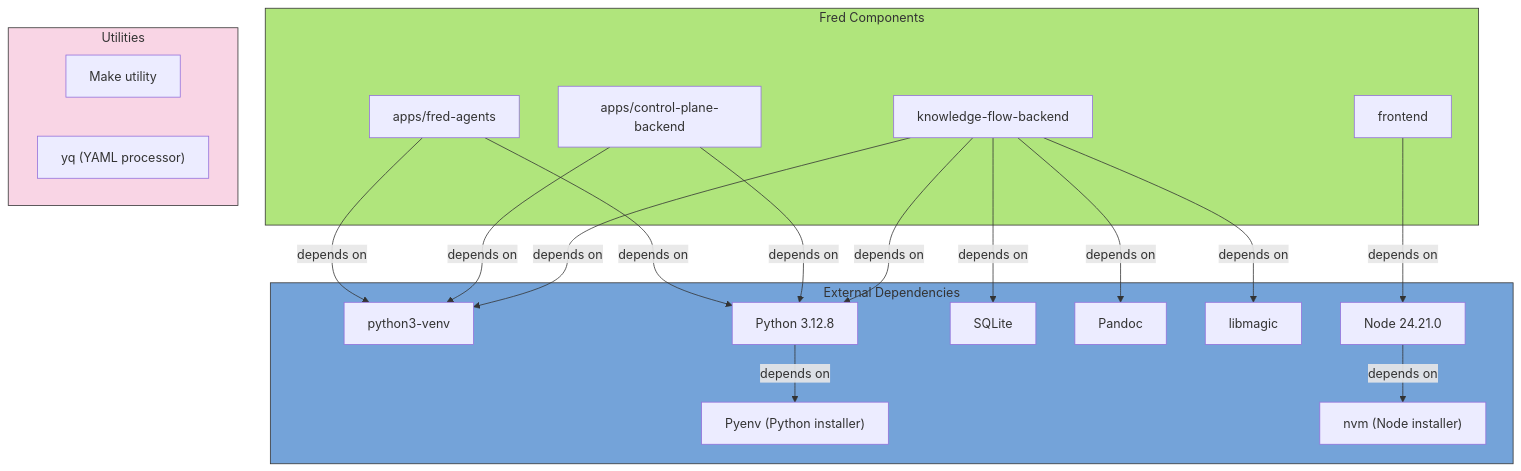
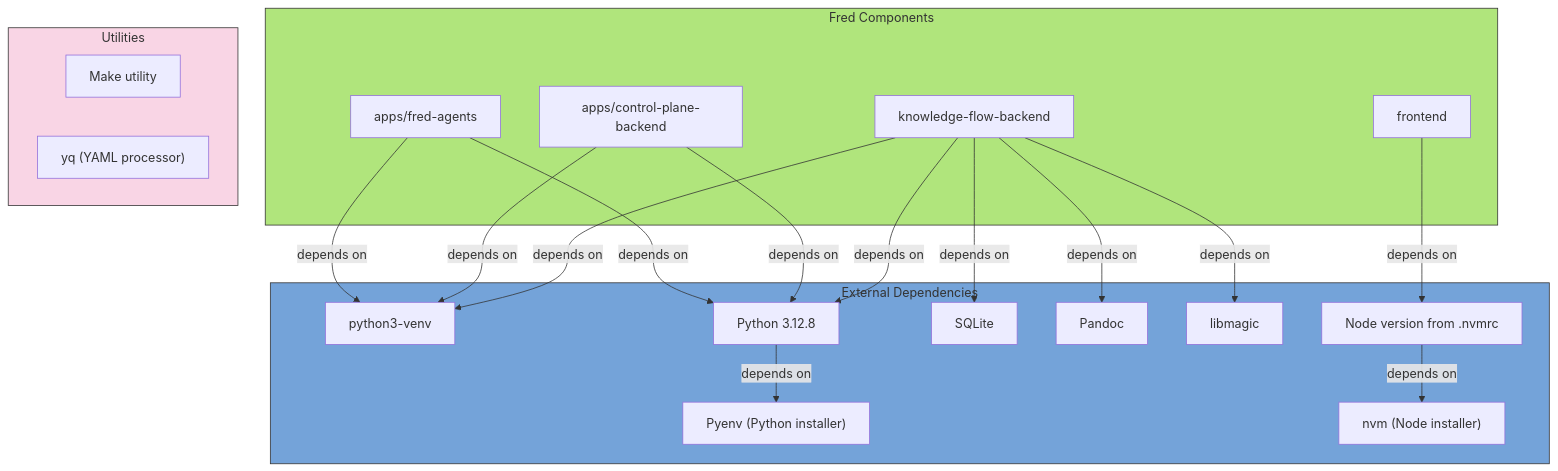
One commit to ThalesGroup/fred changed the diagram in README.md. Above: the diagram before and after it, drawn with Mermaid. The commit also changed other lines of this file and 38 other files, not shown here.

Commit message:
chore(#3424): centralize the exact Node toolchain in .nvmrc

````diff
--- a/README.md
+++ b/README.md
@@ -182,46 +182,46 @@
 ```mermaid
 graph TD
     subgraph FredComponents["Fred Components"]
       style FredComponents fill:#b0e57c,stroke:#333,stroke-width:2px  %% Green Color
         FredAgents["apps/fred-agents"]
         ControlPlane["apps/control-plane-backend"]
         Knowledge["knowledge-flow-backend"]
         Frontend["frontend"]
     end
 
     subgraph ExternalDependencies["External Dependencies"]
       style ExternalDependencies fill:#74a3d9,stroke:#333,stroke-width:2px  %% Blue Color
         Venv["python3-venv"]
         Python["Python 3.12.8"]
         SQLite["SQLite"]
         Pandoc["Pandoc"]
         libmagic["libmagic"]
         Pyenv["Pyenv (Python installer)"]
-        Node["Node 24.21.0"]
+        Node["Node version from .nvmrc"]
         NVM["nvm (Node installer)"]
     end
 
     subgraph Utilities["Utilities"]
       style Utilities fill:#f9d5e5,stroke:#333,stroke-width:2px  %% Pink Color
         Make["Make utility"]
         Yq["yq (YAML processor)"]
     end
 
     FredAgents -->|depends on| Python
     FredAgents -->|depends on| Venv
     ControlPlane -->|depends on| Python
     ControlPlane -->|depends on| Venv
 
     Knowledge -->|depends on| Python
     Knowledge -->|depends on| Venv
     Knowledge -->|depends on| Pandoc
     Knowledge -->|depends on| SQLite
     Knowledge -->|depends on| libmagic
 
     Frontend -->|depends on| Node
 
     Python -->|depends on| Pyenv
 
     Node -->|depends on| NVM
 
 ```
````
